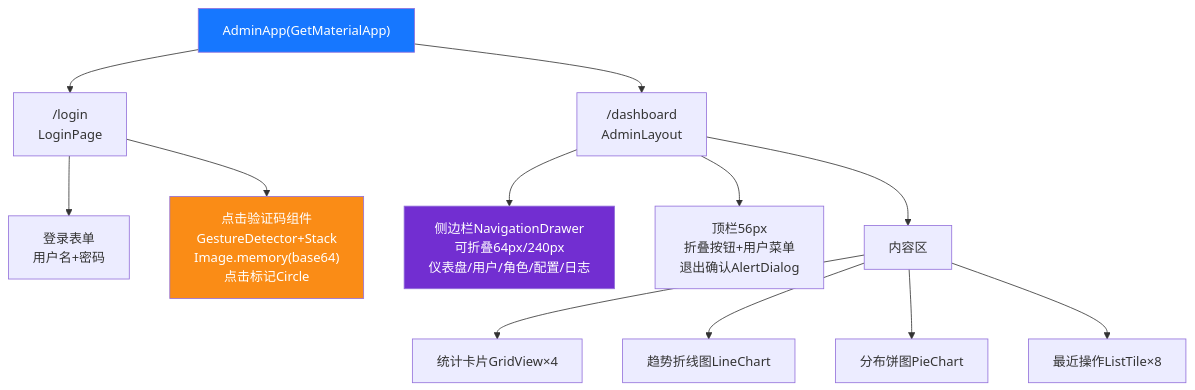
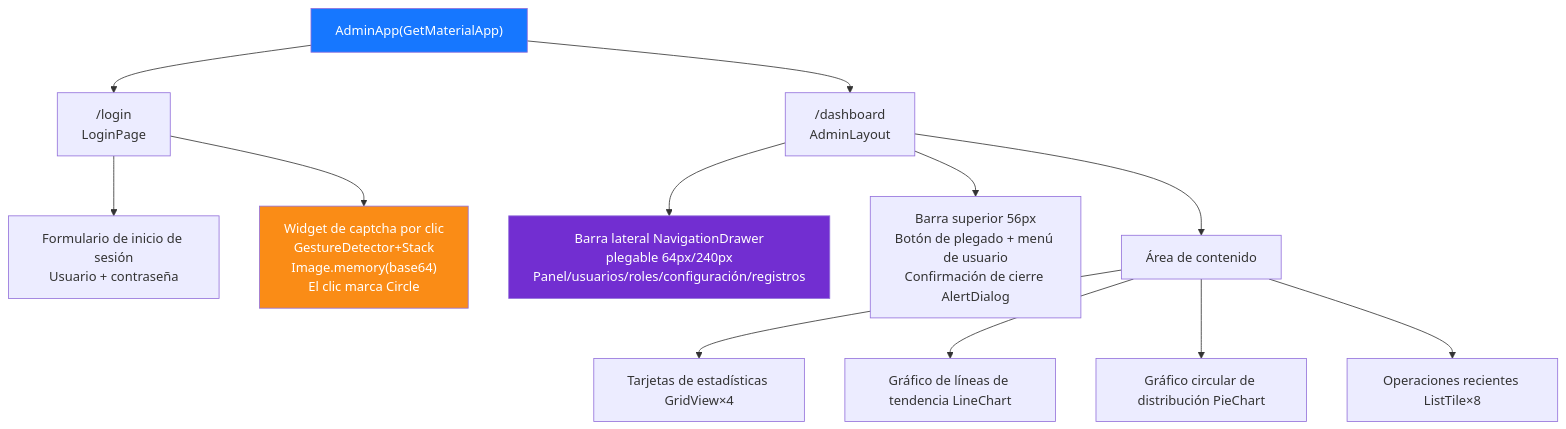
Before and after one commit to erikwang2013/game-platform-php: the first of 2 diagrams in admin/docs/diagrams/10-frontend-components.es.md, drawn with Mermaid. The commit also changed other lines of this file and 211 other files, not shown here.

First line of the commit message:
fix: 支付配置读回类型根治、提现事件对账巡检，12 语族 mermaid 与 API 标签本地化

````diff
--- a/admin/docs/diagrams/10-frontend-components.es.md
+++ b/admin/docs/diagrams/10-frontend-components.es.md
@@ -9,23 +9,23 @@
 ```mermaid
 flowchart TD
     app["AdminApp(GetMaterialApp)"]
 
     app --> login["/login<br/>LoginPage"]
     app --> dashboard["/dashboard<br/>AdminLayout"]
 
-    login --> form["登录表单<br/>用户名+密码"]
-    login --> captcha["点击验证码组件<br/>GestureDetector+Stack<br/>Image.memory(base64)<br/>点击标记Circle"]
+    login --> form["Formulario de inicio de sesión<br/>Usuario + contraseña"]
+    login --> captcha["Widget de captcha por clic<br/>GestureDetector+Stack<br/>Image.memory(base64)<br/>El clic marca Circle"]
 
-    dashboard --> sidebar["侧边栏NavigationDrawer<br/>可折叠64px/240px<br/>仪表盘/用户/角色/配置/日志"]
-    dashboard --> header["顶栏56px<br/>折叠按钮+用户菜单<br/>退出确认AlertDialog"]
-    dashboard --> content["内容区"]
+    dashboard --> sidebar["Barra lateral NavigationDrawer<br/>plegable 64px/240px<br/>Panel/usuarios/roles/configuración/registros"]
+    dashboard --> header["Barra superior 56px<br/>Botón de plegado + menú de usuario<br/>Confirmación de cierre AlertDialog"]
+    dashboard --> content["Área de contenido"]
 
-    content --> stats["统计卡片GridView×4"]
-    content --> chart["趋势折线图LineChart"]
-    content --> pie["分布饼图PieChart"]
-    content --> logs["最近操作ListTile×8"]
+    content --> stats["Tarjetas de estadísticas GridView×4"]
+    content --> chart["Gráfico de líneas de tendencia LineChart"]
+    content --> pie["Gráfico circular de distribución PieChart"]
+    content --> logs["Operaciones recientes ListTile×8"]
 
     style app fill:#1677FF,color:#fff
     style captcha fill:#FA8C16,color:#fff
     style sidebar fill:#722ED1,color:#fff
 ```
````
